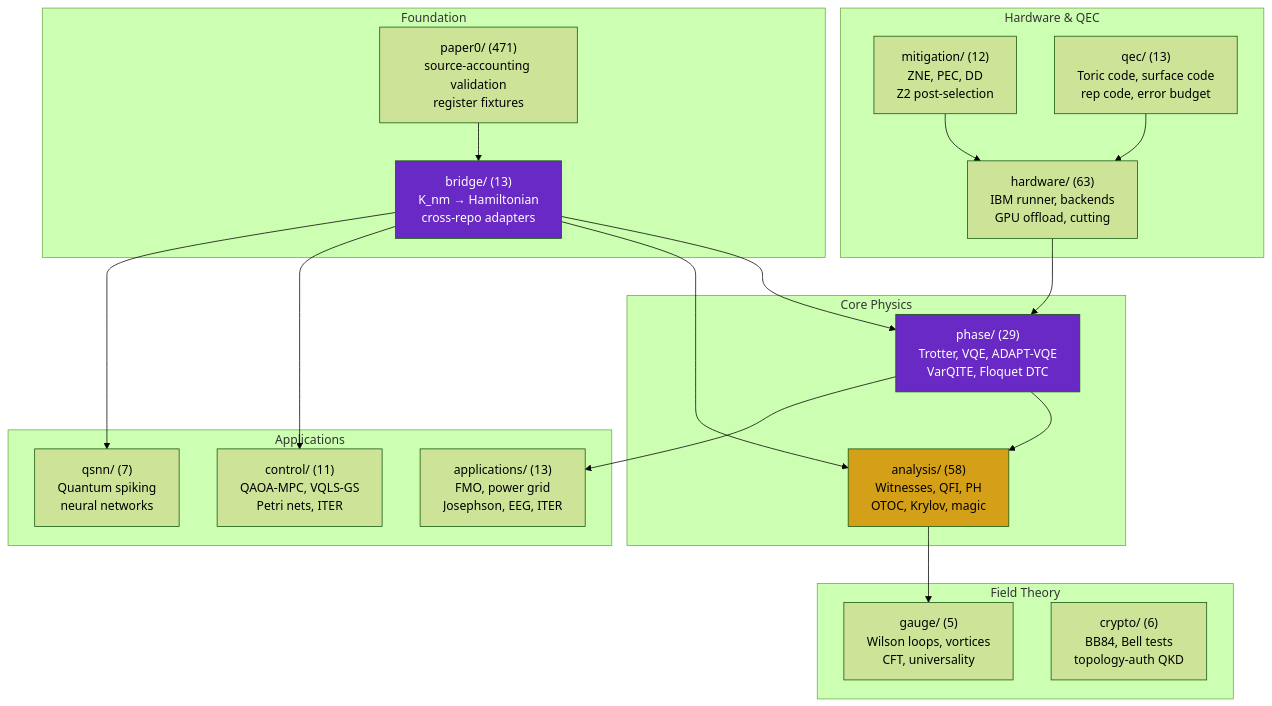
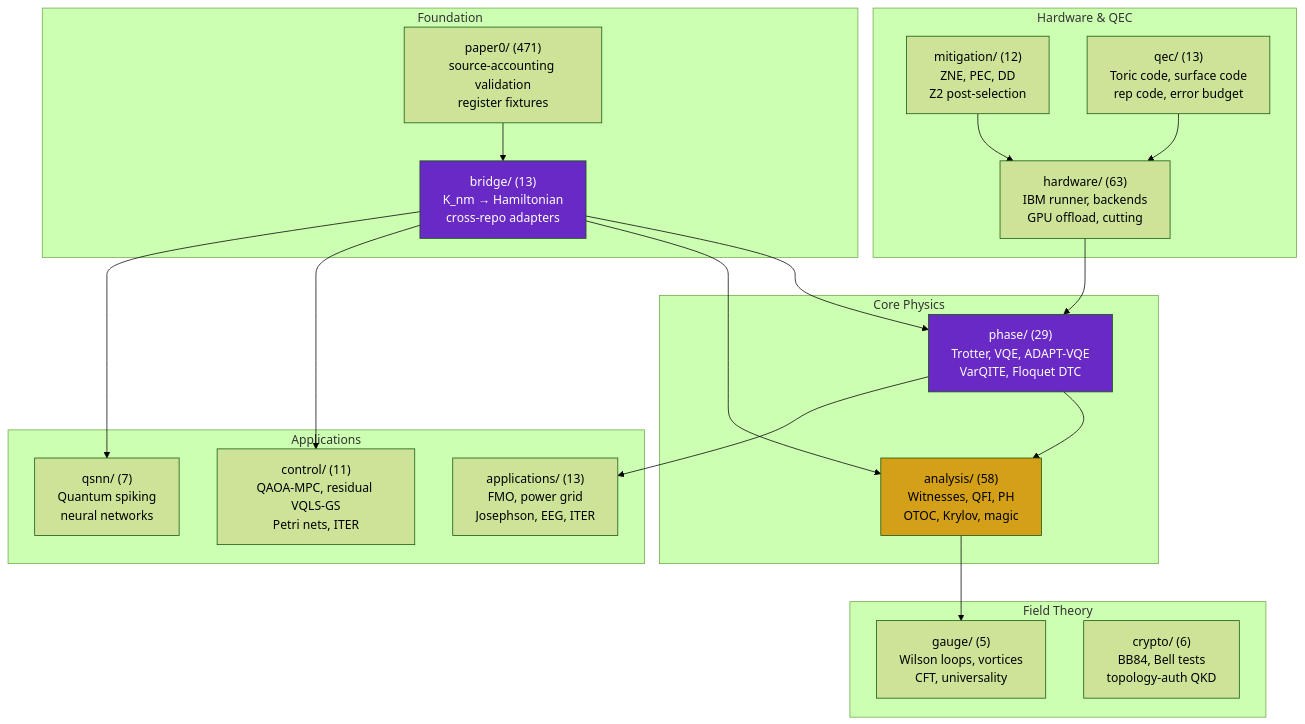
Before and after one commit to anulum/scpn-quantum-control: the first of 2 diagrams in README.md, drawn with Mermaid (forest theme). The commit also changed other lines of this file and 9 other files, not shown here.

````diff
--- a/README.md
+++ b/README.md
@@ -587,45 +587,45 @@
 ```mermaid
 graph TD
     subgraph Foundation
         bridge["bridge/ (13)\nK_nm → Hamiltonian\ncross-repo adapters"]
         paper0["paper0/ (471)\nsource-accounting validation\nregister fixtures"]
     end
 
     subgraph "Core Physics"
         phase["phase/ (29)\nTrotter, VQE, ADAPT-VQE\nVarQITE, Floquet DTC"]
         analysis["analysis/ (58)\nWitnesses, QFI, PH\nOTOC, Krylov, magic"]
     end
 
     subgraph "Applications"
-        control["control/ (11)\nQAOA-MPC, VQLS-GS\nPetri nets, ITER"]
+        control["control/ (11)\nQAOA-MPC, residual VQLS-GS\nPetri nets, ITER"]
         qsnn["qsnn/ (7)\nQuantum spiking\nneural networks"]
         apps["applications/ (13)\nFMO, power grid\nJosephson, EEG, ITER"]
     end
 
     subgraph "Hardware & QEC"
         hw["hardware/ (63)\nIBM runner, backends\nGPU offload, cutting"]
         mit["mitigation/ (12)\nZNE, PEC, DD\nZ2 post-selection"]
         qec["qec/ (13)\nToric code, surface code\nrep code, error budget"]
     end
 
     subgraph "Field Theory"
         gauge["gauge/ (5)\nWilson loops, vortices\nCFT, universality"]
         crypto["crypto/ (6)\nBB84, Bell tests\ntopology-auth QKD"]
     end
 
     bridge --> phase
     bridge --> analysis
     bridge --> control
     bridge --> qsnn
     paper0 --> bridge
     phase --> analysis
     phase --> apps
     hw --> phase
     mit --> hw
     qec --> hw
     analysis --> gauge
 
     style bridge fill:#6929C4,color:#fff
     style analysis fill:#d4a017,color:#000
     style phase fill:#6929C4,color:#fff
 ```
````
